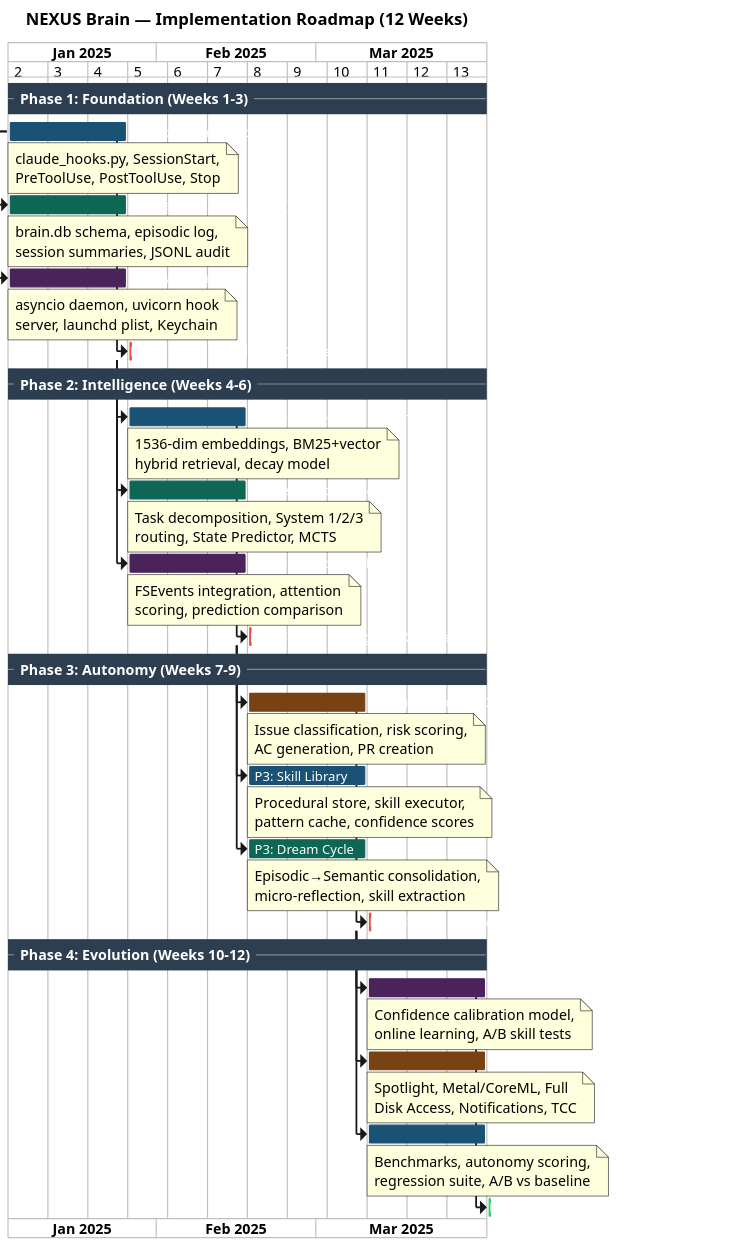
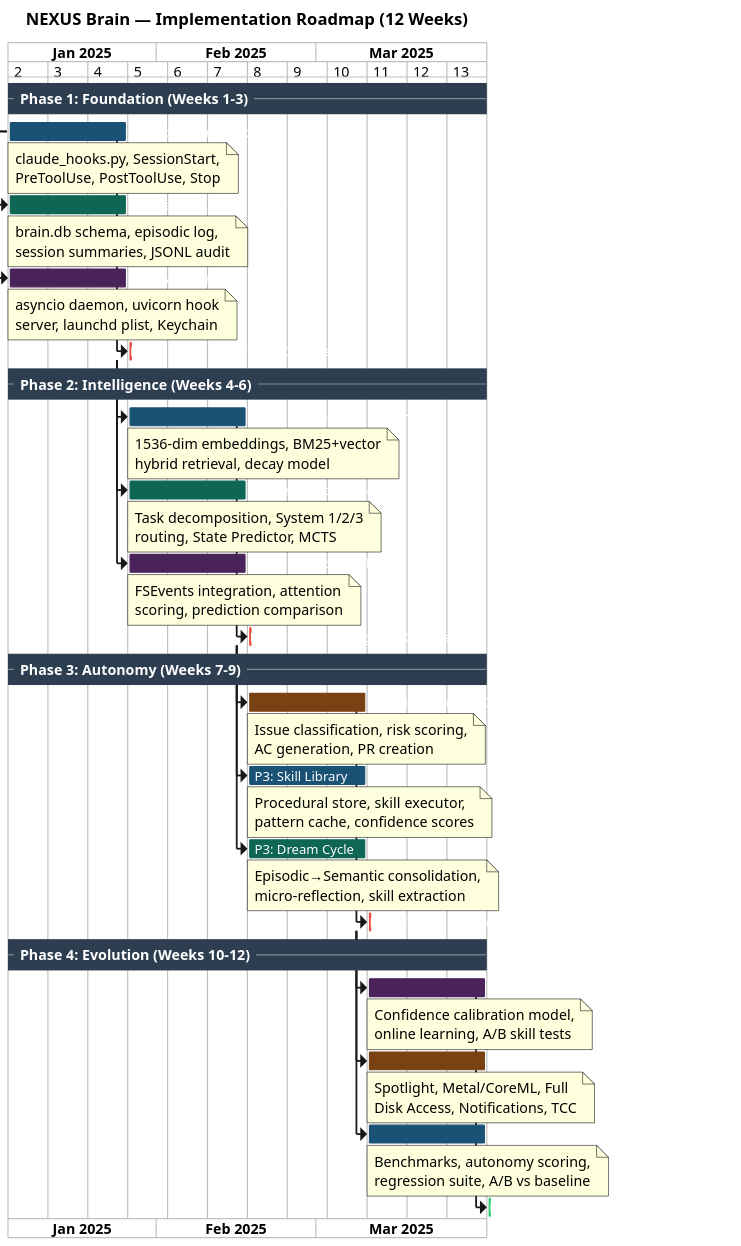
Before and after one commit to mrrobotke/claudedev: the diagram in diagrams/16-implementation-roadmap.puml, drawn with PlantUML. The commit also changed 15 other files, not shown here.

First line of the commit message:
docs: update all SQLite references to PostgreSQL after migration

```diff
--- a/diagrams/16-implementation-roadmap.puml
+++ b/diagrams/16-implementation-roadmap.puml
@@ -1,153 +1,153 @@
 @startgantt
 skinparam dpi 150
 skinparam defaultFontName "Segoe UI"
 skinparam defaultFontSize 12
 
 <style>
 ganttDiagram {
   task {
     BackgroundColor #1A5276
     LineColor #2980B9
     FontColor #FFFFFF
     FontSize 11
   }
   milestone {
     BackgroundColor #E74C3C
     LineColor #C0392B
     FontColor #FFFFFF
   }
   separator {
     BackgroundColor #2C3E50
     LineColor #7F8C8D
     FontColor #FFFFFF
     FontSize 12
     FontStyle bold
   }
 }
 </style>
 
 Project starts 2025-01-06
 printscale weekly
 
 title NEXUS Brain — Implementation Roadmap (12 Weeks)
 
 -- Phase 1: Foundation (Weeks 1-3) --
 
 [P1: Hook Infrastructure] as [P1H] lasts 21 days
 [P1H] is colored in #1A5276
 note bottom
   claude_hooks.py, SessionStart,
   PreToolUse, PostToolUse, Stop
 end note
 
-[P1: Memory Store (SQLite)] as [P1M] lasts 21 days
+[P1: Memory Store (PostgreSQL)] as [P1M] lasts 21 days
 [P1M] starts at [P1H]'s start
 [P1M] is colored in #0E6655
 note bottom
   brain.db schema, episodic log,
   session summaries, JSONL audit
 end note
 
 [P1: Brain Daemon] as [P1D] lasts 21 days
 [P1D] starts at [P1H]'s start
 [P1D] is colored in #4A235A
 note bottom
   asyncio daemon, uvicorn hook
   server, launchd plist, Keychain
 end note
 
 [MILESTONE: Foundation Complete] as [M1] lasts 0 days
 [M1] starts at [P1H]'s end
 [M1] is colored in #E74C3C
 
 -- Phase 2: Intelligence (Weeks 4-6) --
 
 [P2: Vector Memory (ChromaDB)] as [P2V] lasts 21 days
 [P2V] starts at [M1]'s end
 [P2V] is colored in #1A5276
 note bottom
   1536-dim embeddings, BM25+vector
   hybrid retrieval, decay model
 end note
 
 [P2: Deliberation Engine] as [P2D] lasts 21 days
 [P2D] starts at [M1]'s end
 [P2D] is colored in #0E6655
 note bottom
   Task decomposition, System 1/2/3
   routing, State Predictor, MCTS
 end note
 
 [P2: Perception Module] as [P2P] lasts 21 days
 [P2P] starts at [M1]'s end
 [P2P] is colored in #4A235A
 note bottom
   FSEvents integration, attention
   scoring, prediction comparison
 end note
 
 [MILESTONE: Intelligence Complete] as [M2] lasts 0 days
 [M2] starts at [P2V]'s end
 [M2] is colored in #E74C3C
 
 -- Phase 3: Autonomy (Weeks 7-9) --
 
 [P3: Autonomous PO Agent] as [P3A] lasts 21 days
 [P3A] starts at [M2]'s end
 [P3A] is colored in #784212
 note bottom
   Issue classification, risk scoring,
   AC generation, PR creation
 end note
 
 [P3: Skill Library] as [P3S] lasts 21 days
 [P3S] starts at [M2]'s end
 [P3S] is colored in #1A5276
 note bottom
   Procedural store, skill executor,
   pattern cache, confidence scores
 end note
 
 [P3: Dream Cycle] as [P3DR] lasts 21 days
 [P3DR] starts at [M2]'s end
 [P3DR] is colored in #0E6655
 note bottom
   Episodic→Semantic consolidation,
   micro-reflection, skill extraction
 end note
 
 [MILESTONE: Autonomy Complete] as [M3] lasts 0 days
 [M3] starts at [P3A]'s end
 [M3] is colored in #E74C3C
 
 -- Phase 4: Evolution (Weeks 10-12) --
 
 [P4: Calibration & Learning] as [P4C] lasts 21 days
 [P4C] starts at [M3]'s end
 [P4C] is colored in #4A235A
 note bottom
   Confidence calibration model,
   online learning, A/B skill tests
 end note
 
 [P4: macOS Native Integration] as [P4N] lasts 21 days
 [P4N] starts at [M3]'s end
 [P4N] is colored in #784212
 note bottom
   Spotlight, Metal/CoreML, Full
   Disk Access, Notifications, TCC
 end note
 
 [P4: Compound Effect Validation] as [P4E] lasts 21 days
 [P4E] starts at [M3]'s end
 [P4E] is colored in #1A5276
 note bottom
   Benchmarks, autonomy scoring,
   regression suite, A/B vs baseline
 end note
 
 [MILESTONE: Evolution Complete — v1.0] as [M4] lasts 0 days
 [M4] starts at [P4C]'s end
 [M4] is colored in #2ECC71
 
 @endgantt
```
